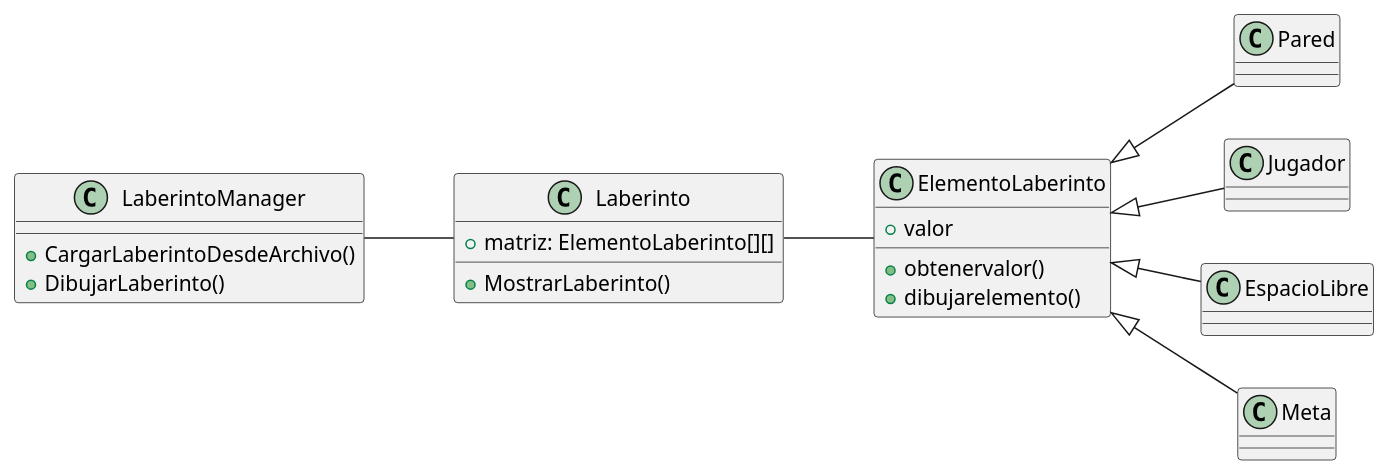
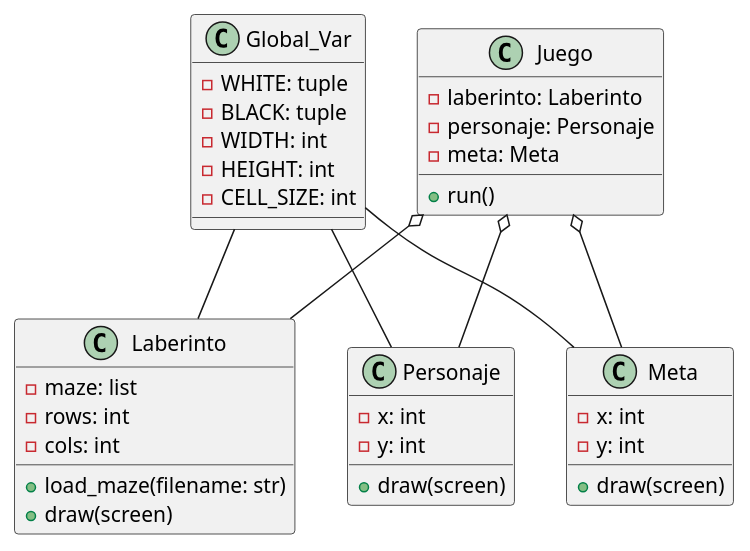
The diagram in clases.plantuml (Andss-ye/Laberinto-), drawn with PlantUML before and after one commit. The commit also changed 1 other file, not shown here.

```diff
--- a/clases.plantuml
+++ b/clases.plantuml
@@ -1,35 +1,43 @@
 @startuml
-left to right direction
+class Global_Var {
+  - WHITE: tuple
+  - BLACK: tuple
+  - WIDTH: int
+  - HEIGHT: int
+  - CELL_SIZE: int
+}
 
 class Laberinto {
-  +matriz: ElementoLaberinto[][]
-  +MostrarLaberinto()
+  - maze: list
+  - rows: int
+  - cols: int
+  + load_maze(filename: str)
+  + draw(screen)
 }
 
-class ElementoLaberinto {
-  +valor
-  +obtenervalor()
-  +dibujarelemento()
+class Personaje {
+  - x: int
+  - y: int
+  + draw(screen)
 }
 
-class Pared {
-}
-class Jugador {
-}
-class EspacioLibre {
-}
 class Meta {
+  - x: int
+  - y: int
+  + draw(screen)
 }
 
-class LaberintoManager {
-  +CargarLaberintoDesdeArchivo()
-  +DibujarLaberinto()
+class Juego {
+  - laberinto: Laberinto
+  - personaje: Personaje
+  - meta: Meta
+  + run()
 }
 
-Laberinto  -- ElementoLaberinto 
-ElementoLaberinto <|-- Pared
-ElementoLaberinto <|-- EspacioLibre
-ElementoLaberinto <|-- Jugador
-ElementoLaberinto <|-- Meta
-LaberintoManager -- Laberinto
+Global_Var -- Laberinto
+Global_Var -- Personaje
+Global_Var -- Meta
+Juego o-- Laberinto
+Juego o-- Personaje
+Juego o-- Meta
 @enduml
```
